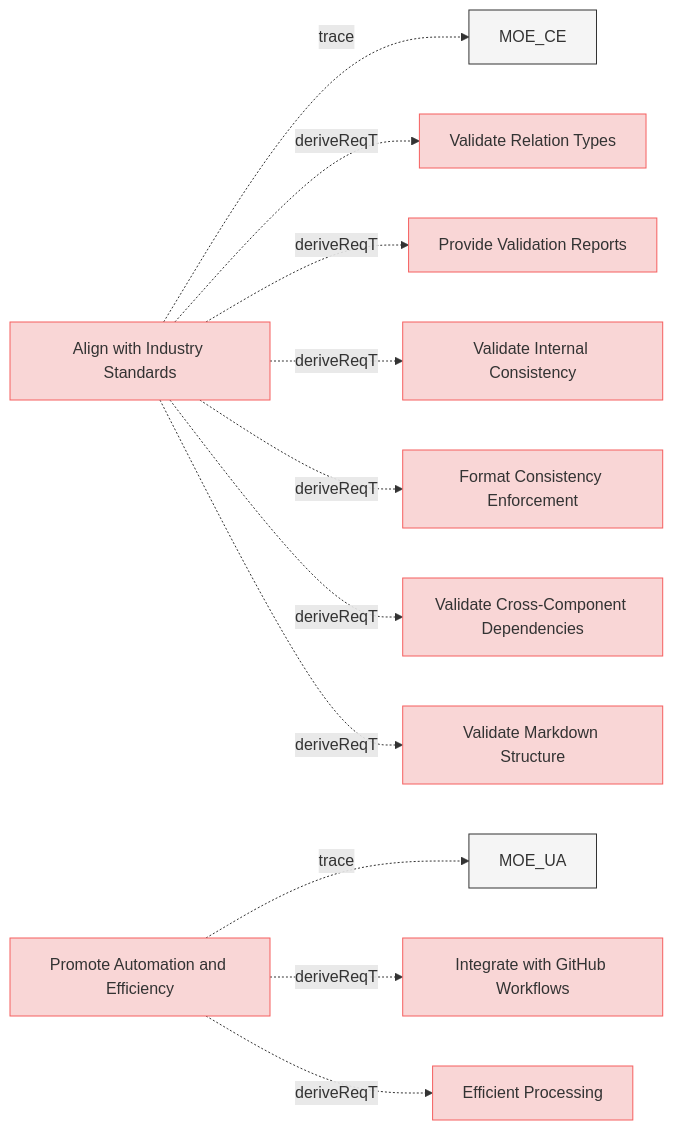
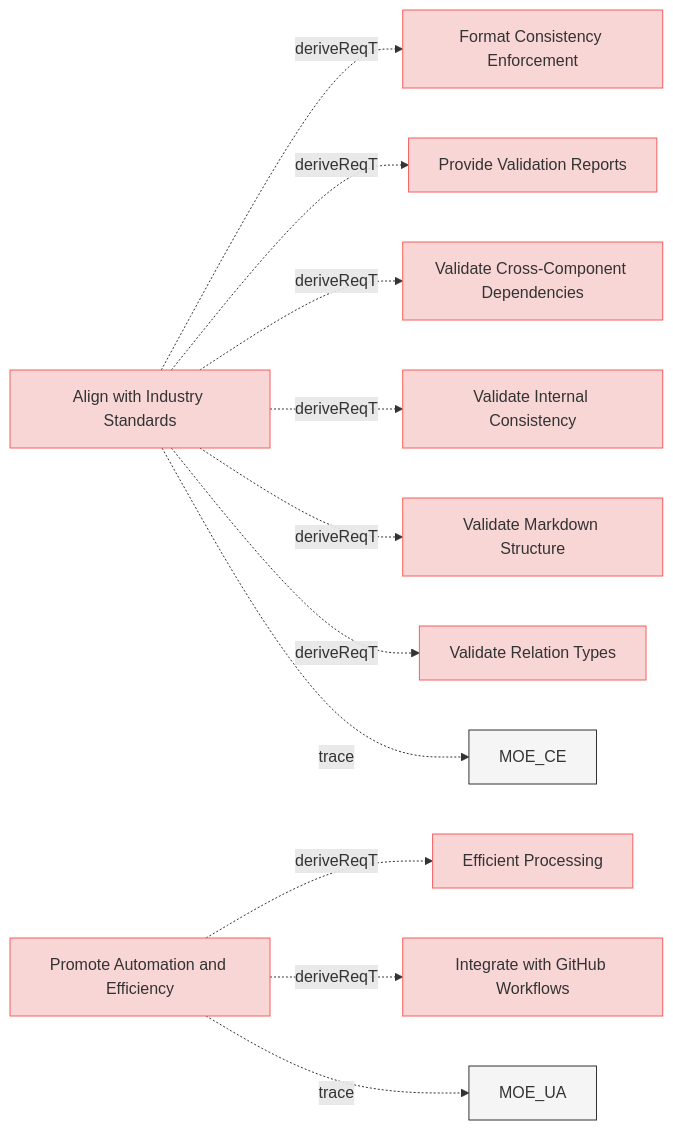
The tenth of 11 diagrams in specifications/UserRequirements.md (reqvire-org/reqvire), drawn with Mermaid before and after one commit. The commit also changed other lines of this file and 45 other files, not shown here.

````diff
--- a/specifications/UserRequirements.md
+++ b/specifications/UserRequirements.md
@@ -1293,56 +1301,56 @@
 ```mermaid
 graph LR;
   %% REQVIRE-AUTOGENERATED-DIAGRAM
   %% Graph styling
   classDef userRequirement fill:#f9d6d6,stroke:#f55f5f,stroke-width:1px;
   classDef systemRequirement fill:#fce4e4,stroke:#e68a8a,stroke-width:1px;
   classDef verification fill:#d6f9d6,stroke:#5fd75f,stroke-width:1px;
   classDef default fill:#f5f5f5,stroke:#333333,stroke-width:1px;
 
   118fc1d23481604a["Align with Industry Standards"];
   class 118fc1d23481604a userRequirement;
   click 118fc1d23481604a "UserRequirements.md#align-with-industry-standards";
+  974ccf933675ef44["Format Consistency Enforcement"];
+  class 974ccf933675ef44 userRequirement;
+  click 974ccf933675ef44 "UserRequirements.md#format-consistency-enforcement";
+  118fc1d23481604a -.->|deriveReqT| 974ccf933675ef44;
+  ed31b6bed1cde2f8["Provide Validation Reports"];
+  class ed31b6bed1cde2f8 userRequirement;
+  click ed31b6bed1cde2f8 "UserRequirements.md#provide-validation-reports";
+  118fc1d23481604a -.->|deriveReqT| ed31b6bed1cde2f8;
+  3bd9d29239564eeb["Validate Cross-Component Dependencies"];
+  class 3bd9d29239564eeb userRequirement;
+  click 3bd9d29239564eeb "UserRequirements.md#validate-cross-component-dependencies";
+  118fc1d23481604a -.->|deriveReqT| 3bd9d29239564eeb;
+  c50887ce89be280a["Validate Internal Consistency"];
+  class c50887ce89be280a userRequirement;
+  click c50887ce89be280a "UserRequirements.md#validate-internal-consistency";
+  118fc1d23481604a -.->|deriveReqT| c50887ce89be280a;
+  586b073cd97908da["Validate Markdown Structure"];
+  class 586b073cd97908da userRequirement;
+  click 586b073cd97908da "UserRequirements.md#validate-markdown-structure";
+  118fc1d23481604a -.->|deriveReqT| 586b073cd97908da;
+  f25cbfbca6d6d92e["Validate Relation Types"];
+  class f25cbfbca6d6d92e userRequirement;
+  click f25cbfbca6d6d92e "UserRequirements.md#validate-relation-types";
+  118fc1d23481604a -.->|deriveReqT| f25cbfbca6d6d92e;
   e9ad540a6411a0fc["MOE_CE"];
   class e9ad540a6411a0fc default;
   click e9ad540a6411a0fc "MOEs.md#moe_ce";
   118fc1d23481604a -.->|trace| e9ad540a6411a0fc;
-  f25cbfbca6d6d92e["Validate Relation Types"];
-  class f25cbfbca6d6d92e userRequirement;
-  click f25cbfbca6d6d92e "UserRequirements.md#validate-relation-types";
-  118fc1d23481604a -.->|deriveReqT| f25cbfbca6d6d92e;
-  ed31b6bed1cde2f8["Provide Validation Reports"];
-  class ed31b6bed1cde2f8 userRequirement;
-  click ed31b6bed1cde2f8 "UserRequirements.md#provide-validation-reports";
-  118fc1d23481604a -.->|deriveReqT| ed31b6bed1cde2f8;
-  c50887ce89be280a["Validate Internal Consistency"];
-  class c50887ce89be280a userRequirement;
-  click c50887ce89be280a "UserRequirements.md#validate-internal-consistency";
-  118fc1d23481604a -.->|deriveReqT| c50887ce89be280a;
-  974ccf933675ef44["Format Consistency Enforcement"];
-  class 974ccf933675ef44 userRequirement;
-  click 974ccf933675ef44 "UserRequirements.md#format-consistency-enforcement";
-  118fc1d23481604a -.->|deriveReqT| 974ccf933675ef44;
-  3bd9d29239564eeb["Validate Cross-Component Dependencies"];
-  class 3bd9d29239564eeb userRequirement;
-  click 3bd9d29239564eeb "UserRequirements.md#validate-cross-component-dependencies";
-  118fc1d23481604a -.->|deriveReqT| 3bd9d29239564eeb;
-  586b073cd97908da["Validate Markdown Structure"];
-  class 586b073cd97908da userRequirement;
-  click 586b073cd97908da "UserRequirements.md#validate-markdown-structure";
-  118fc1d23481604a -.->|deriveReqT| 586b073cd97908da;
   f1d2c48ea7ecef0f["Promote Automation and Efficiency"];
   class f1d2c48ea7ecef0f userRequirement;
   click f1d2c48ea7ecef0f "UserRequirements.md#promote-automation-and-efficiency";
+  952c68bafce63d81["Efficient Processing"];
+  class 952c68bafce63d81 userRequirement;
+  click 952c68bafce63d81 "UserRequirements.md#efficient-processing";
+  f1d2c48ea7ecef0f -.->|deriveReqT| 952c68bafce63d81;
+  98eaeddc27f99e11["Integrate with GitHub Workflows"];
+  class 98eaeddc27f99e11 userRequirement;
+  click 98eaeddc27f99e11 "UserStories.md#integrate-with-github-workflows";
+  f1d2c48ea7ecef0f -.->|deriveReqT| 98eaeddc27f99e11;
   2c5f30f14e792200["MOE_UA"];
   class 2c5f30f14e792200 default;
   click 2c5f30f14e792200 "MOEs.md#moe_ua";
   f1d2c48ea7ecef0f -.->|trace| 2c5f30f14e792200;
-  98eaeddc27f99e11["Integrate with GitHub Workflows"];
-  class 98eaeddc27f99e11 userRequirement;
-  click 98eaeddc27f99e11 "UserStories.md#integrate-with-github-workflows";
-  f1d2c48ea7ecef0f -.->|deriveReqT| 98eaeddc27f99e11;
-  952c68bafce63d81["Efficient Processing"];
-  class 952c68bafce63d81 userRequirement;
-  click 952c68bafce63d81 "UserRequirements.md#efficient-processing";
-  f1d2c48ea7ecef0f -.->|deriveReqT| 952c68bafce63d81;
 ```
````
